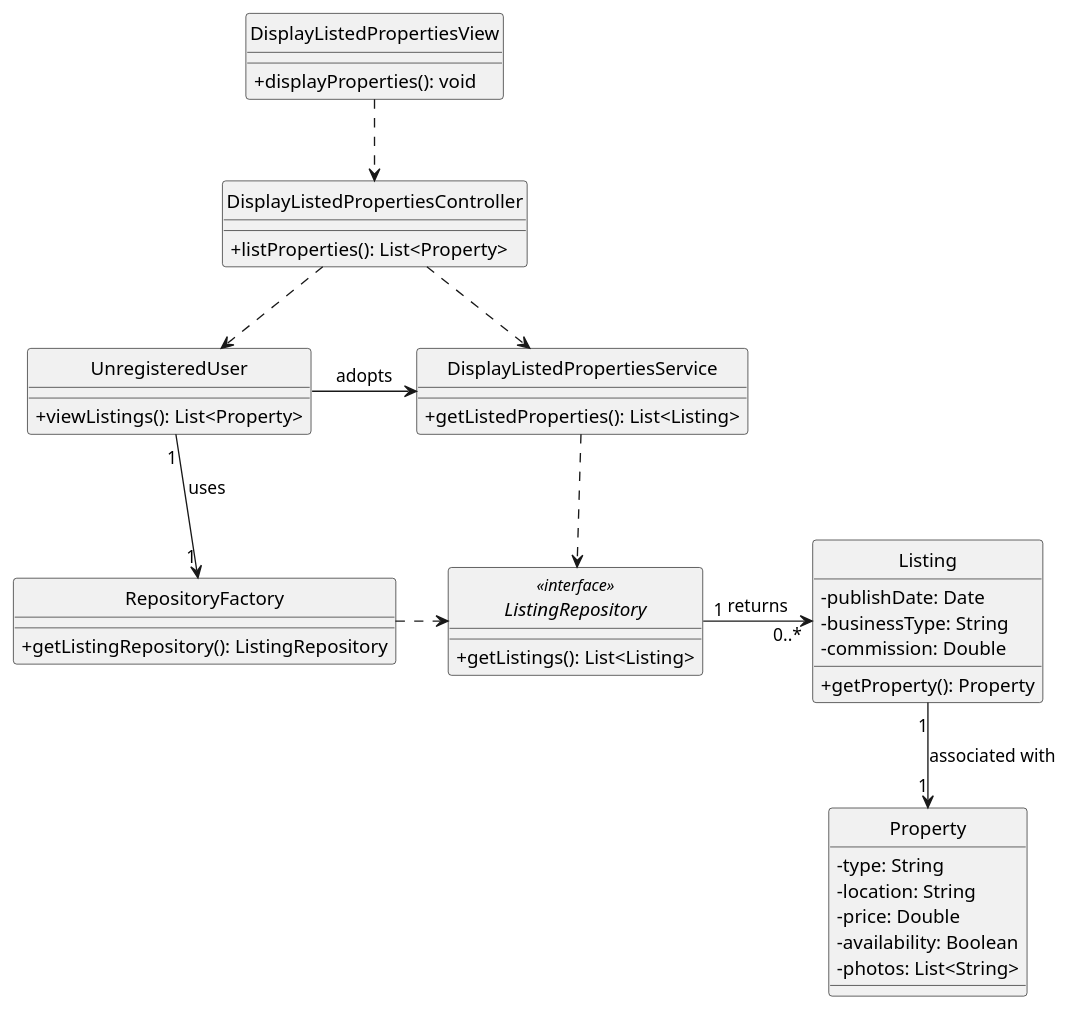
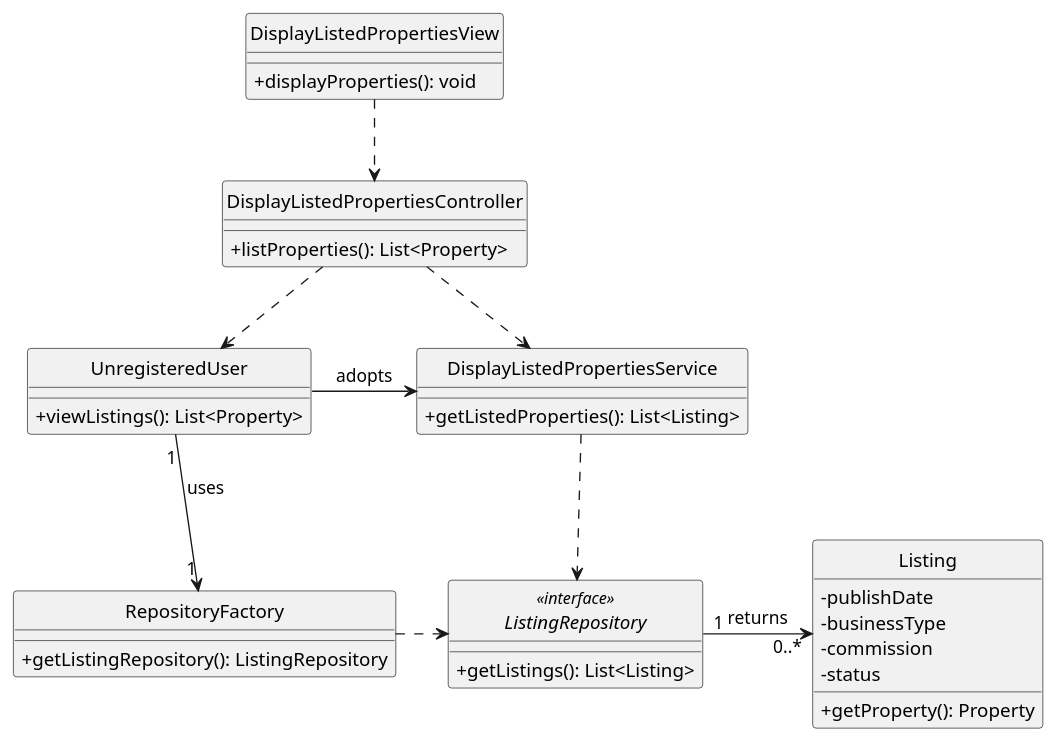
Before and after one commit to goncalomaia18/leti-esoft-24-25-A2: the diagram in docs/Sprint3/US20/US20-CD.puml, drawn with PlantUML. The commit also changed 30 other files, not shown here.

```diff
--- a/docs/Sprint3/US20/US20-CD.puml
+++ b/docs/Sprint3/US20/US20-CD.puml
@@ -1,51 +1,44 @@
 @startuml
 hide circle
 skinparam classAttributeIconSize 0
 
 class DisplayListedPropertiesView {
   +displayProperties(): void
 }
 
 class DisplayListedPropertiesController {
   +listProperties(): List<Property>
 }
 
 class DisplayListedPropertiesService {
   +getListedProperties(): List<Listing>
 }
 
 interface ListingRepository <<interface>> {
   +getListings(): List<Listing>
 }
 
-class Property {
-  -type: String
-  -location: String
-  -price: Double
-  -availability: Boolean
-  -photos: List<String>
-}
 
 class Listing {
-  -publishDate: Date
-  -businessType: String
-  -commission: Double
+  -publishDate
+  -businessType
+  -commission
+  -status
   +getProperty(): Property
 }
 
 class UnregisteredUser {
   +viewListings(): List<Property>
 }
 class RepositoryFactory{
   +getListingRepository(): ListingRepository
 }
 UnregisteredUser "1" -down-> "1" RepositoryFactory:  uses
 UnregisteredUser -> DisplayListedPropertiesService :  adopts
 ListingRepository "1" -right-> "0..*" Listing:  returns
 DisplayListedPropertiesController ..> UnregisteredUser
 DisplayListedPropertiesView ..> DisplayListedPropertiesController
 DisplayListedPropertiesController ..> DisplayListedPropertiesService
 DisplayListedPropertiesService ..> ListingRepository
-Listing "1" --> "1" Property : associated with
 RepositoryFactory .right.> ListingRepository
 @enduml
```
